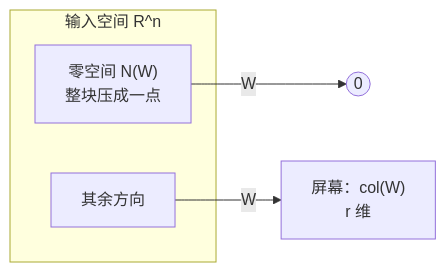
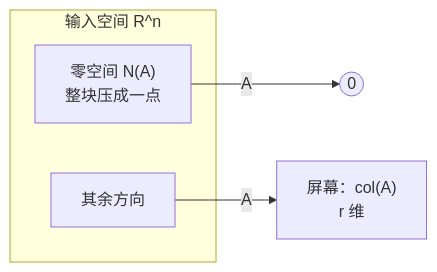
Before and after one commit to kingfs/Linear-Algebra-to-LLM: the diagram in 04-线性方程组/03-齐次方程与零空间.md, drawn with Mermaid. The commit also changed other lines of this file and 6 other files, not shown here.

````diff
--- a/04-线性方程组/03-齐次方程与零空间.md
+++ b/04-线性方程组/03-齐次方程与零空间.md
@@ -33,10 +39,10 @@
 ```mermaid
 flowchart LR
     subgraph IN["输入空间 R^n"]
-        N["零空间 N(W)<br/>整块压成一点"]
+        N["零空间 N(A)<br/>整块压成一点"]
         R["其余方向"]
     end
-    OUT["屏幕：col(W)<br/>r 维"]
-    N -->|W| Z(("0"))
-    R -->|W| OUT
+    OUT["屏幕：col(A)<br/>r 维"]
+    N -->|A| Z(("0"))
+    R -->|A| OUT
 ```
````
